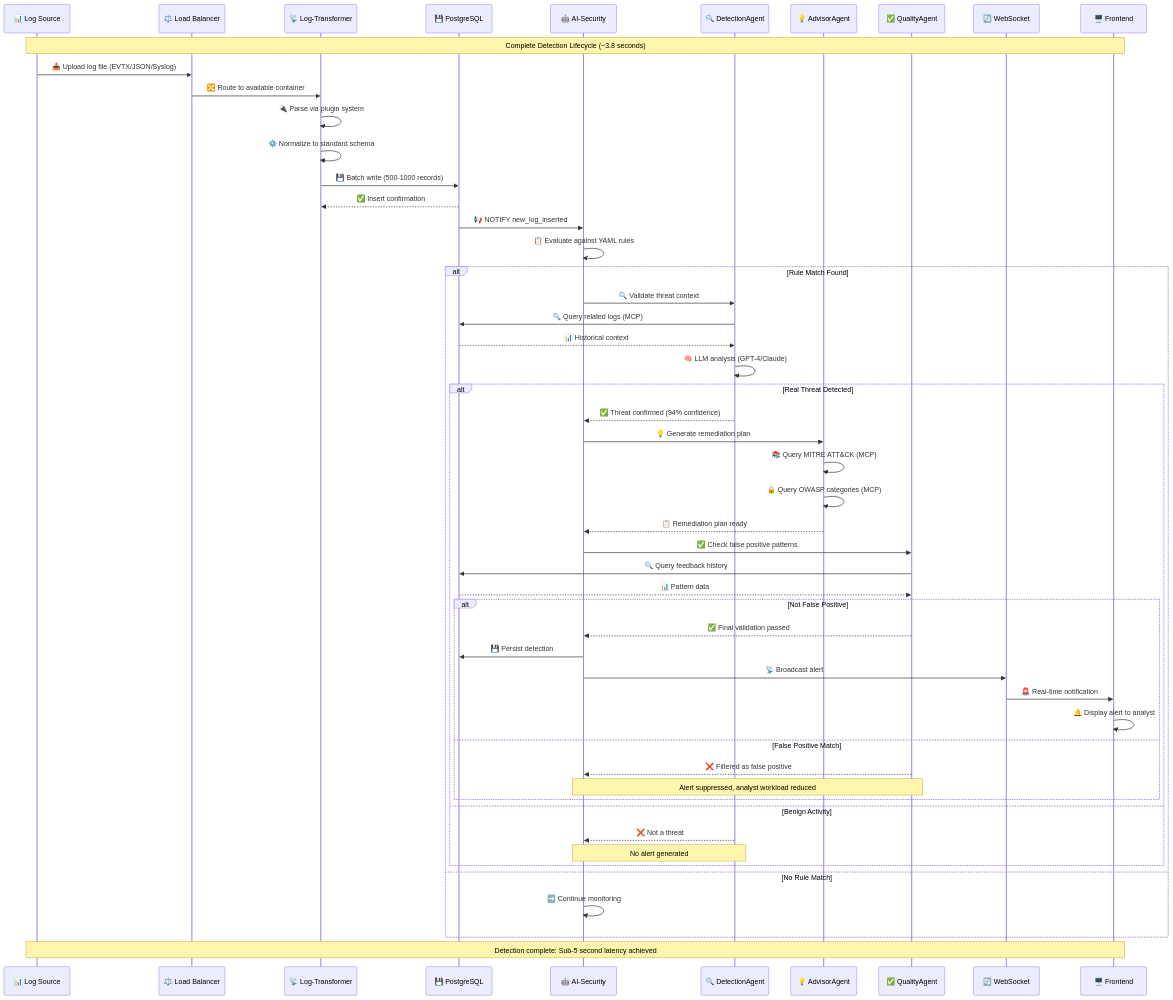
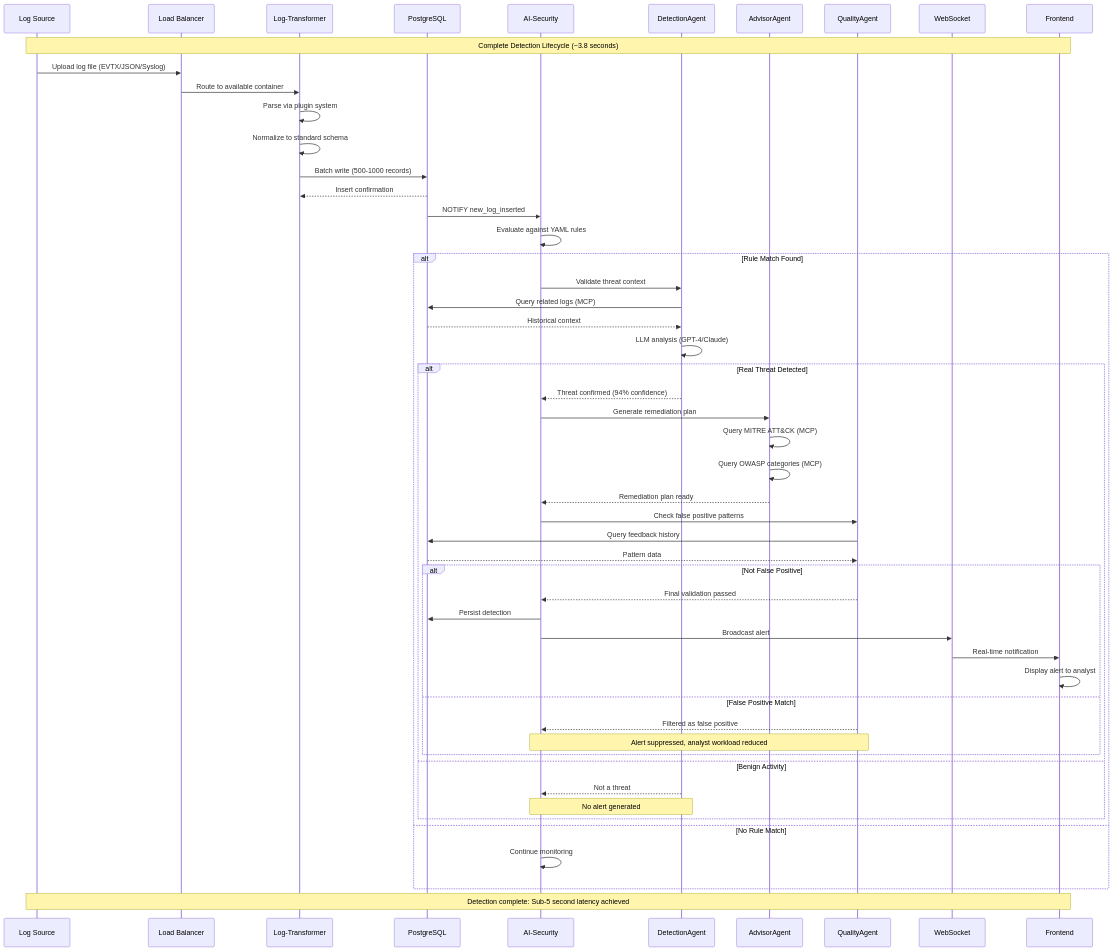
One commit to Elie-Saliba/security-projects-meta changed the third of 4 diagrams in Appendices/ai-security/as-system-architecture-diagram.md. Above: the diagram before and after it, drawn with Mermaid. The commit also changed other lines of this file, not shown here.

````diff
--- a/Appendices/ai-security/as-system-architecture-diagram.md
+++ b/Appendices/ai-security/as-system-architecture-diagram.md
@@ -261,63 +267,63 @@
 ```mermaid
 sequenceDiagram
-    participant LS as 📊 Log Source
-    participant LB as ⚖️ Load Balancer
-    participant LT as 📡 Log-Transformer
-    participant DB as 💾 PostgreSQL
-    participant AS as 🤖 AI-Security
-    participant DA as 🔍 DetectionAgent
-    participant AA as 💡 AdvisorAgent
-    participant QA as ✅ QualityAgent
-    participant WS as 🔄 WebSocket
-    participant UI as 🖥️ Frontend
+    participant LS as Log Source
+    participant LB as Load Balancer
+    participant LT as Log-Transformer
+    participant DB as PostgreSQL
+    participant AS as AI-Security
+    participant DA as DetectionAgent
+    participant AA as AdvisorAgent
+    participant QA as QualityAgent
+    participant WS as WebSocket
+    participant UI as Frontend
     
     Note over LS,UI: Complete Detection Lifecycle (~3.8 seconds)
     
-    LS->>LB: 📤 Upload log file (EVTX/JSON/Syslog)
-    LB->>LT: 🔀 Route to available container
+    LS->>LB: Upload log file (EVTX/JSON/Syslog)
+    LB->>LT: Route to available container
     
-    LT->>LT: 🔌 Parse via plugin system
-    LT->>LT: ⚙️ Normalize to standard schema
-    LT->>DB: 💾 Batch write (500-1000 records)
-    DB-->>LT: ✅ Insert confirmation
+    LT->>LT: Parse via plugin system
+    LT->>LT: Normalize to standard schema
+    LT->>DB: Batch write (500-1000 records)
+    DB-->>LT: Insert confirmation
     
-    DB->>AS: 📢 NOTIFY new_log_inserted
-    AS->>AS: 📋 Evaluate against YAML rules
+    DB->>AS: NOTIFY new_log_inserted
+    AS->>AS: Evaluate against YAML rules
     
     alt Rule Match Found
-        AS->>DA: 🔍 Validate threat context
-        DA->>DB: 🔍 Query related logs (MCP)
-        DB-->>DA: 📊 Historical context
-        DA->>DA: 🧠 LLM analysis (GPT-4/Claude)
+        AS->>DA: Validate threat context
+        DA->>DB: Query related logs (MCP)
+        DB-->>DA: Historical context
+        DA->>DA: LLM analysis (GPT-4/Claude)
         
         alt Real Threat Detected
-            DA-->>AS: ✅ Threat confirmed (94% confidence)
-            AS->>AA: 💡 Generate remediation plan
-            AA->>AA: 📚 Query MITRE ATT&CK (MCP)
-            AA->>AA: 🔒 Query OWASP categories (MCP)
-            AA-->>AS: 📋 Remediation plan ready
+            DA-->>AS: Threat confirmed (94% confidence)
+            AS->>AA: Generate remediation plan
+            AA->>AA: Query MITRE ATT&CK (MCP)
+            AA->>AA: Query OWASP categories (MCP)
+            AA-->>AS: Remediation plan ready
             
-            AS->>QA: ✅ Check false positive patterns
-            QA->>DB: 🔍 Query feedback history
-            DB-->>QA: 📊 Pattern data
+            AS->>QA: Check false positive patterns
+            QA->>DB: Query feedback history
+            DB-->>QA: Pattern data
             
             alt Not False Positive
-                QA-->>AS: ✅ Final validation passed
-                AS->>DB: 💾 Persist detection
-                AS->>WS: 📡 Broadcast alert
-                WS->>UI: 🚨 Real-time notification
-                UI->>UI: 🔔 Display alert to analyst
+                QA-->>AS: Final validation passed
+                AS->>DB: Persist detection
+                AS->>WS: Broadcast alert
+                WS->>UI: Real-time notification
+                UI->>UI: Display alert to analyst
             else False Positive Match
-                QA-->>AS: ❌ Filtered as false positive
+                QA-->>AS: Filtered as false positive
                 Note over QA,AS: Alert suppressed, analyst workload reduced
             end
         else Benign Activity
-            DA-->>AS: ❌ Not a threat
+            DA-->>AS: Not a threat
             Note over DA,AS: No alert generated
         end
     else No Rule Match
-        AS->>AS: ➡️ Continue monitoring
+        AS->>AS: Continue monitoring
     end
     
     Note over LS,UI: Detection complete: Sub-5 second latency achieved
 ```
````
